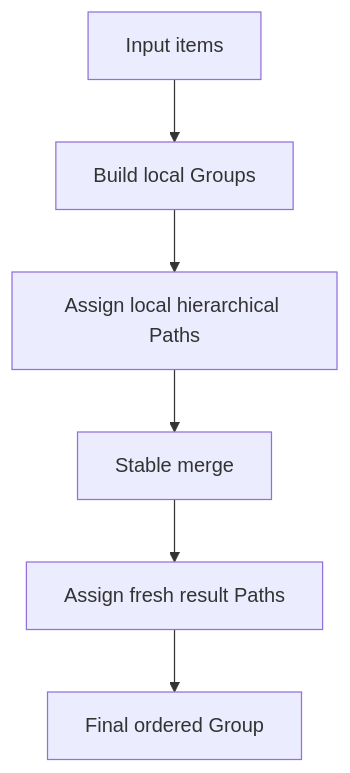
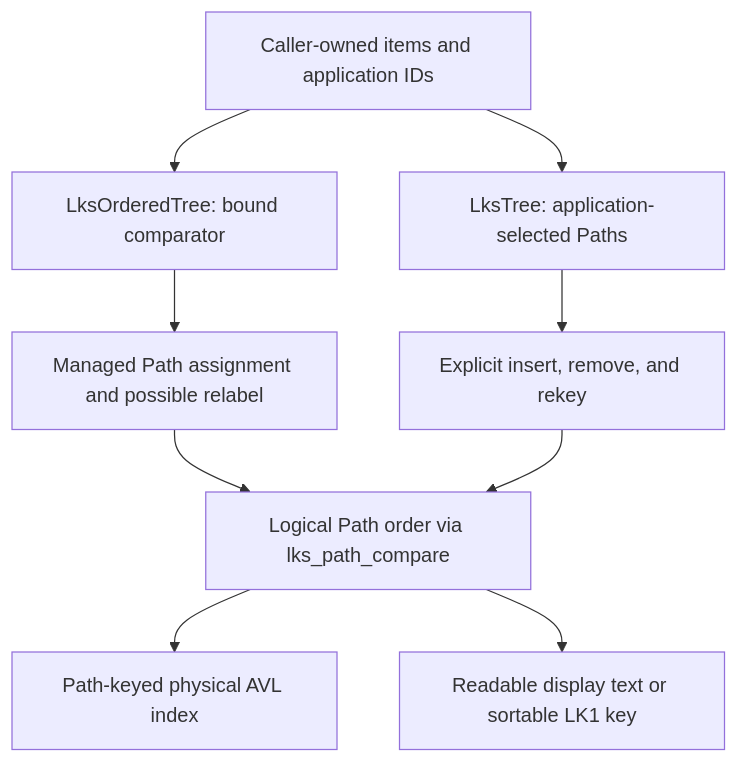
One commit to RXY712200/LayerKeySort changed the diagram in README.md. Above: the diagram before and after it, drawn with Mermaid. The commit also changed other lines of this file and 17 other files, not shown here.

````diff
--- a/README.md
+++ b/README.md
@@ -88,8 +70,11 @@
 ```mermaid
 flowchart TD
-    A[Input items] --> B[Build local Groups]
-    B --> C[Assign local hierarchical Paths]
-    C --> D[Stable merge]
-    D --> E[Assign fresh result Paths]
-    E --> G[Final ordered Group]
+    A[Caller-owned items and application IDs] --> B[LksOrderedTree: bound comparator]
+    A --> C[LksTree: application-selected Paths]
+    B --> D[Managed Path assignment and possible relabel]
+    C --> E[Explicit insert, remove, and rekey]
+    D --> F[Logical Path order via lks_path_compare]
+    E --> F
+    F --> G[Path-keyed physical AVL index]
+    F --> H[Readable display text or sortable LK1 key]
 ```
````
